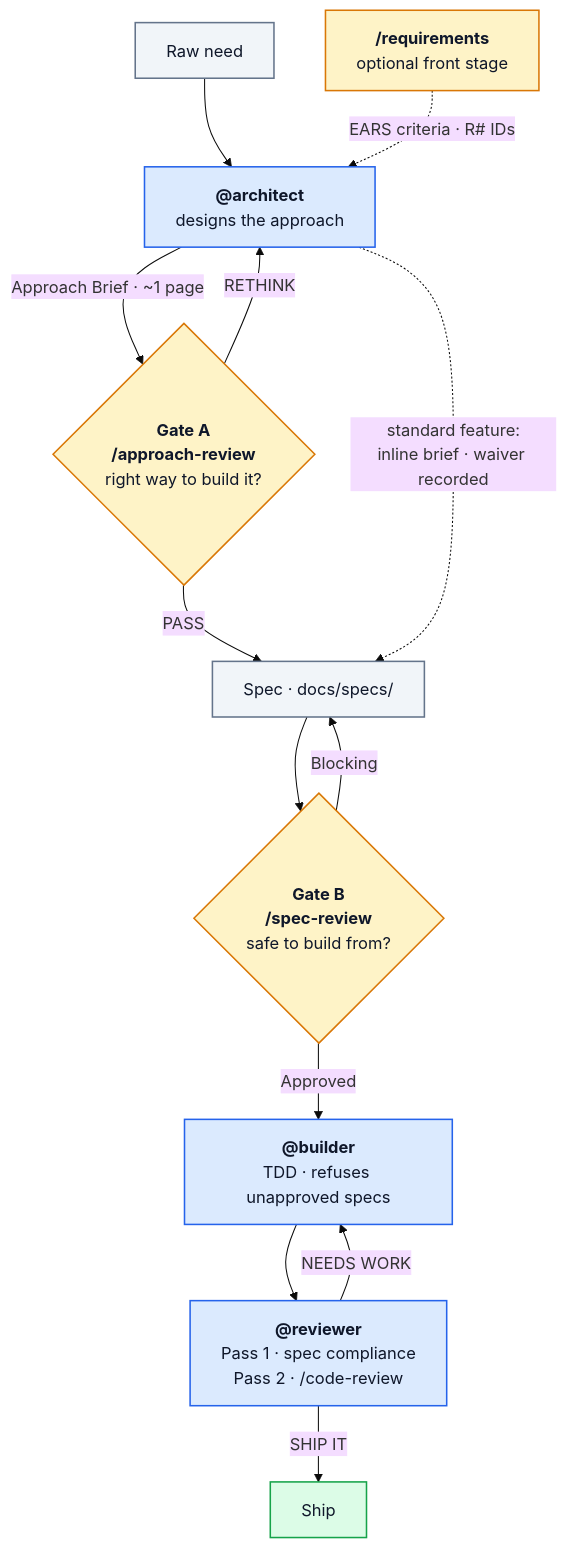
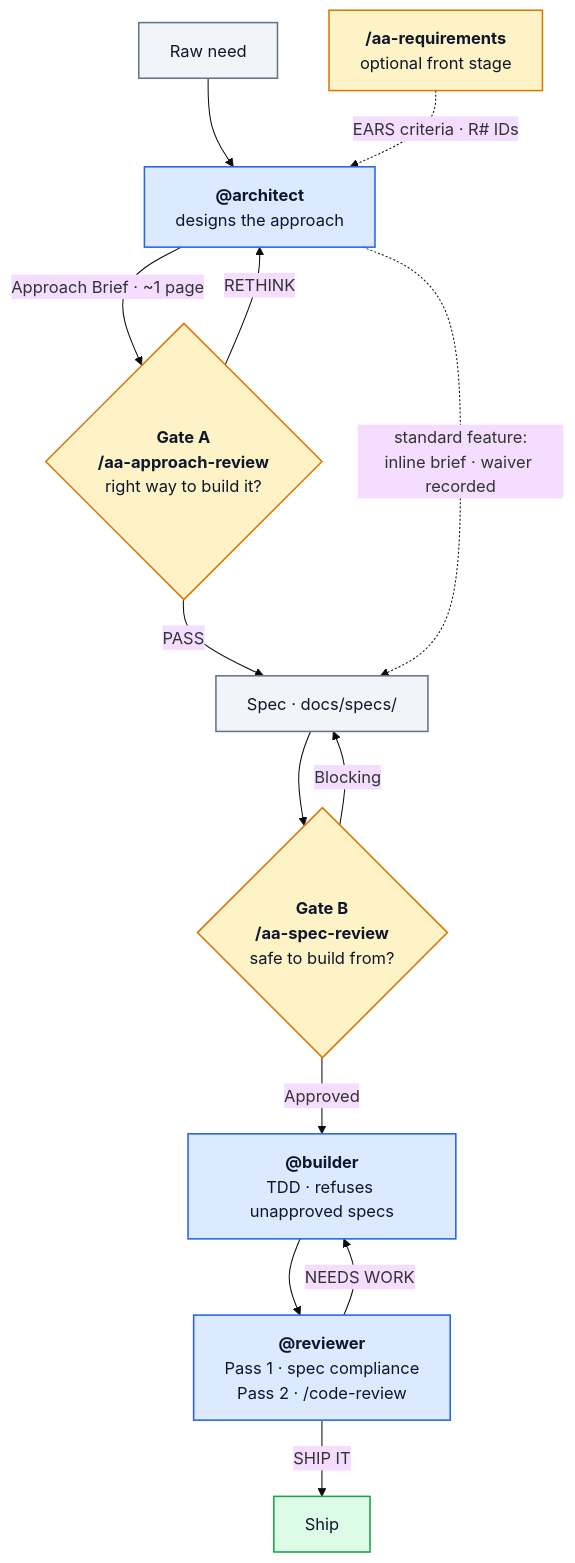
One commit to AmirAnckonina/aa-agentic-workflow changed the diagram in README.md. Above: the diagram before and after it, drawn with Mermaid (base theme). The commit also changed other lines of this file and 20 other files, not shown here.

````diff
--- a/README.md
+++ b/README.md
@@ -34,29 +34,29 @@
 ```mermaid
 flowchart TD
     N["Raw need"] --> AR["<b>@architect</b><br/>designs the approach"]
-    R["<b>/requirements</b><br/>optional front stage"] -.->|"EARS criteria · R# IDs"| AR
+    R["<b>/aa-requirements</b><br/>optional front stage"] -.->|"EARS criteria · R# IDs"| AR
 
-    AR -->|"Approach Brief · ~1 page"| GA{"<b>Gate A</b><br/><b>/approach-review</b><br/>right way to build it?"}
+    AR -->|"Approach Brief · ~1 page"| GA{"<b>Gate A</b><br/><b>/aa-approach-review</b><br/>right way to build it?"}
     GA -->|RETHINK| AR
 
     GA -->|PASS| SP["Spec · docs/specs/"]
     AR -.->|"standard feature:<br/>inline brief · waiver recorded"| SP
 
-    SP --> GB{"<b>Gate B</b><br/><b>/spec-review</b><br/>safe to build from?"}
+    SP --> GB{"<b>Gate B</b><br/><b>/aa-spec-review</b><br/>safe to build from?"}
     GB -->|Blocking| SP
 
     GB -->|Approved| BD["<b>@builder</b><br/>TDD · refuses unapproved specs"]
     BD --> RV["<b>@reviewer</b><br/>Pass 1 · spec compliance<br/>Pass 2 · /code-review"]
     RV -->|NEEDS WORK| BD
     RV -->|SHIP IT| SH["Ship"]
 
     classDef agent fill:#dbeafe,stroke:#2563eb,stroke-width:1.5px,color:#0f172a
     classDef gate fill:#fef3c7,stroke:#d97706,stroke-width:1.5px,color:#0f172a
     classDef art fill:#f1f5f9,stroke:#64748b,stroke-width:1.5px,color:#0f172a
     classDef done fill:#dcfce7,stroke:#16a34a,stroke-width:1.5px,color:#0f172a
 
     class AR,BD,RV agent
     class GA,GB,R gate
     class SP,N art
     class SH done
 ```
````
